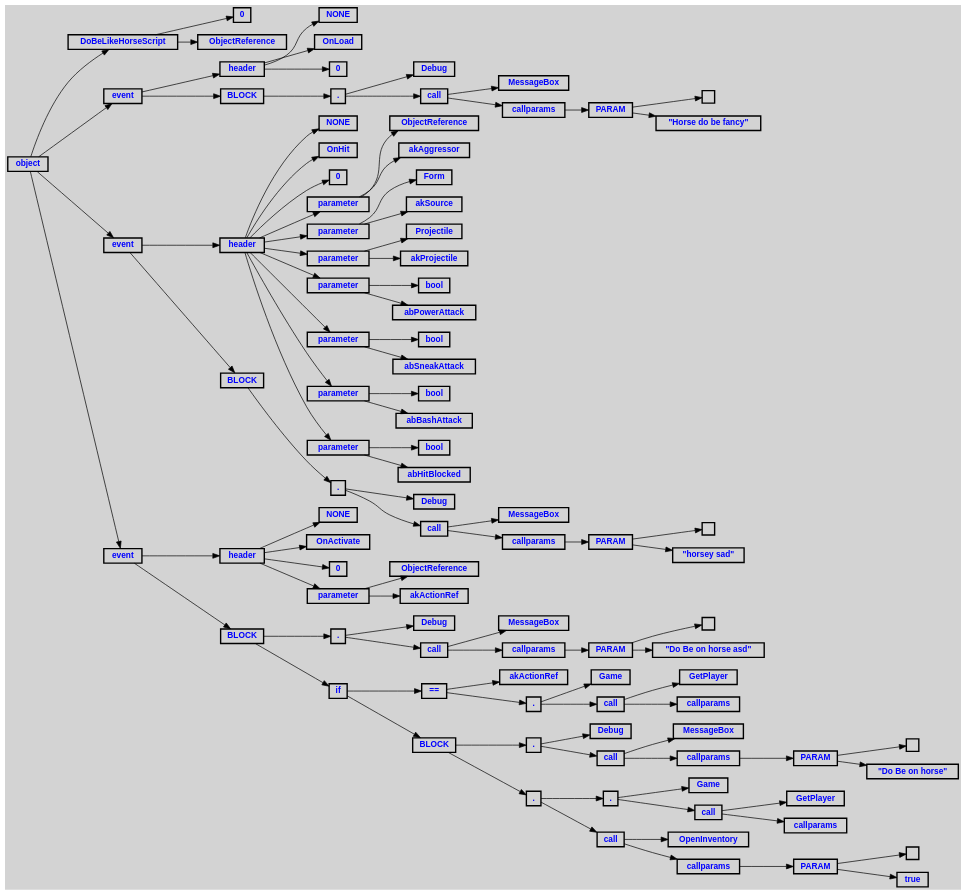
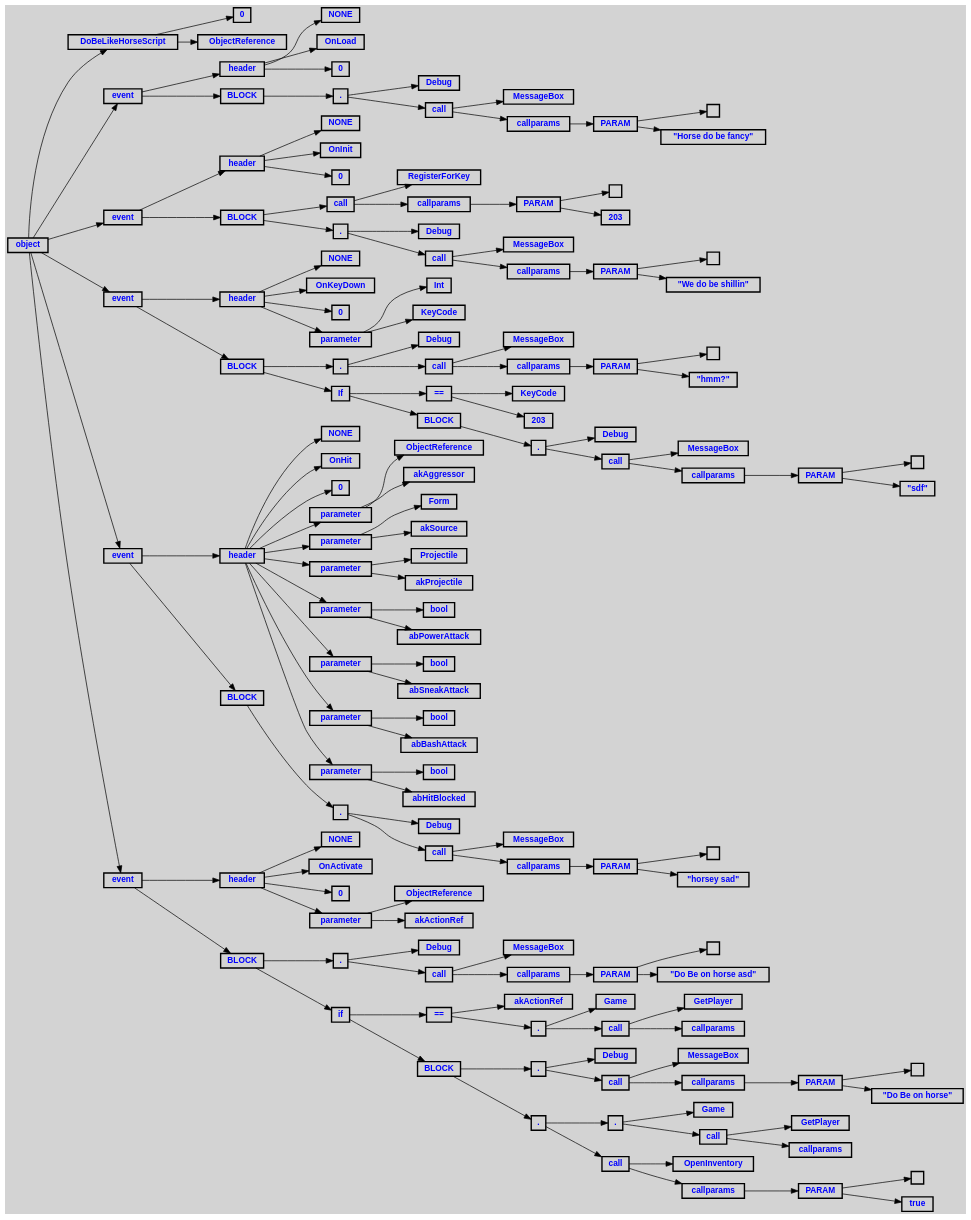
One commit to WladHD/CommonLibSSE-Sandbox changed the diagram in DoBeLikeHorseScript.preTypeCheck.dot. Above: the diagram before and after it, drawn with Graphviz. The commit also changed 13 other files, not shown here.

```diff
--- a/DoBeLikeHorseScript.preTypeCheck.dot
+++ b/DoBeLikeHorseScript.preTypeCheck.dot
@@ -36,119 +36,194 @@
  n19 [label="header"];
  n19 [label="header"];
  n20 [label="NONE"];
- n21 [label="OnHit"];
+ n21 [label="OnInit"];
  n22 [label="0"];
- n23 [label="parameter"];
- n23 [label="parameter"];
- n24 [label="ObjectReference"];
- n25 [label="akAggressor"];
- n26 [label="parameter"];
- n26 [label="parameter"];
- n27 [label="Form"];
- n28 [label="akSource"];
- n29 [label="parameter"];
- n29 [label="parameter"];
- n30 [label="Projectile"];
- n31 [label="akProjectile"];
- n32 [label="parameter"];
- n32 [label="parameter"];
- n33 [label="bool"];
- n34 [label="abPowerAttack"];
- n35 [label="parameter"];
- n35 [label="parameter"];
- n36 [label="bool"];
- n37 [label="abSneakAttack"];
- n38 [label="parameter"];
- n38 [label="parameter"];
- n39 [label="bool"];
- n40 [label="abBashAttack"];
- n41 [label="parameter"];
- n41 [label="parameter"];
- n42 [label="bool"];
- n43 [label="abHitBlocked"];
- n44 [label="BLOCK"];
- n44 [label="BLOCK"];
- n45 [label="."];
- n45 [label="."];
- n46 [label="Debug"];
- n47 [label="call"];
- n47 [label="call"];
- n48 [label="MessageBox"];
- n49 [label="callparams"];
- n49 [label="callparams"];
- n50 [label="PARAM"];
- n50 [label="PARAM"];
- n51 [label=""];
- n52 [label="\"horsey sad\""];
- n53 [label="event"];
- n53 [label="event"];
- n54 [label="header"];
- n54 [label="header"];
- n55 [label="NONE"];
- n56 [label="OnActivate"];
- n57 [label="0"];
- n58 [label="parameter"];
- n58 [label="parameter"];
- n59 [label="ObjectReference"];
- n60 [label="akActionRef"];
- n61 [label="BLOCK"];
- n61 [label="BLOCK"];
- n62 [label="."];
- n62 [label="."];
- n63 [label="Debug"];
- n64 [label="call"];
- n64 [label="call"];
- n65 [label="MessageBox"];
- n66 [label="callparams"];
- n66 [label="callparams"];
- n67 [label="PARAM"];
- n67 [label="PARAM"];
- n68 [label=""];
- n69 [label="\"Do Be on horse asd\""];
- n70 [label="if"];
- n70 [label="if"];
- n71 [label="=="];
- n71 [label="=="];
- n72 [label="akActionRef"];
- n73 [label="."];
- n73 [label="."];
- n74 [label="Game"];
- n75 [label="call"];
- n75 [label="call"];
- n76 [label="GetPlayer"];
- n77 [label="callparams"];
- n78 [label="BLOCK"];
- n78 [label="BLOCK"];
- n79 [label="."];
- n79 [label="."];
- n80 [label="Debug"];
- n81 [label="call"];
- n81 [label="call"];
- n82 [label="MessageBox"];
- n83 [label="callparams"];
- n83 [label="callparams"];
- n84 [label="PARAM"];
- n84 [label="PARAM"];
- n85 [label=""];
- n86 [label="\"Do Be on horse\""];
- n87 [label="."];
- n87 [label="."];
- n88 [label="."];
- n88 [label="."];
- n89 [label="Game"];
- n90 [label="call"];
- n90 [label="call"];
- n91 [label="GetPlayer"];
- n92 [label="callparams"];
- n93 [label="call"];
- n93 [label="call"];
- n94 [label="OpenInventory"];
- n95 [label="callparams"];
- n95 [label="callparams"];
- n96 [label="PARAM"];
- n96 [label="PARAM"];
- n97 [label=""];
- n98 [label="true"];
+ n23 [label="BLOCK"];
+ n23 [label="BLOCK"];
+ n24 [label="call"];
+ n24 [label="call"];
+ n25 [label="RegisterForKey"];
+ n26 [label="callparams"];
+ n26 [label="callparams"];
+ n27 [label="PARAM"];
+ n27 [label="PARAM"];
+ n28 [label=""];
+ n29 [label="203"];
+ n30 [label="."];
+ n30 [label="."];
+ n31 [label="Debug"];
+ n32 [label="call"];
+ n32 [label="call"];
+ n33 [label="MessageBox"];
+ n34 [label="callparams"];
+ n34 [label="callparams"];
+ n35 [label="PARAM"];
+ n35 [label="PARAM"];
+ n36 [label=""];
+ n37 [label="\"We do be shillin\""];
+ n38 [label="event"];
+ n38 [label="event"];
+ n39 [label="header"];
+ n39 [label="header"];
+ n40 [label="NONE"];
+ n41 [label="OnKeyDown"];
+ n42 [label="0"];
+ n43 [label="parameter"];
+ n43 [label="parameter"];
+ n44 [label="Int"];
+ n45 [label="KeyCode"];
+ n46 [label="BLOCK"];
+ n46 [label="BLOCK"];
+ n47 [label="."];
+ n47 [label="."];
+ n48 [label="Debug"];
+ n49 [label="call"];
+ n49 [label="call"];
+ n50 [label="MessageBox"];
+ n51 [label="callparams"];
+ n51 [label="callparams"];
+ n52 [label="PARAM"];
+ n52 [label="PARAM"];
+ n53 [label=""];
+ n54 [label="\"hmm?\""];
+ n55 [label="If"];
+ n55 [label="If"];
+ n56 [label="=="];
+ n56 [label="=="];
+ n57 [label="KeyCode"];
+ n58 [label="203"];
+ n59 [label="BLOCK"];
+ n59 [label="BLOCK"];
+ n60 [label="."];
+ n60 [label="."];
+ n61 [label="Debug"];
+ n62 [label="call"];
+ n62 [label="call"];
+ n63 [label="MessageBox"];
+ n64 [label="callparams"];
+ n64 [label="callparams"];
+ n65 [label="PARAM"];
+ n65 [label="PARAM"];
+ n66 [label=""];
+ n67 [label="\"sdf\""];
+ n68 [label="event"];
+ n68 [label="event"];
+ n69 [label="header"];
+ n69 [label="header"];
+ n70 [label="NONE"];
+ n71 [label="OnHit"];
+ n72 [label="0"];
+ n73 [label="parameter"];
+ n73 [label="parameter"];
+ n74 [label="ObjectReference"];
+ n75 [label="akAggressor"];
+ n76 [label="parameter"];
+ n76 [label="parameter"];
+ n77 [label="Form"];
+ n78 [label="akSource"];
+ n79 [label="parameter"];
+ n79 [label="parameter"];
+ n80 [label="Projectile"];
+ n81 [label="akProjectile"];
+ n82 [label="parameter"];
+ n82 [label="parameter"];
+ n83 [label="bool"];
+ n84 [label="abPowerAttack"];
+ n85 [label="parameter"];
+ n85 [label="parameter"];
+ n86 [label="bool"];
+ n87 [label="abSneakAttack"];
+ n88 [label="parameter"];
+ n88 [label="parameter"];
+ n89 [label="bool"];
+ n90 [label="abBashAttack"];
+ n91 [label="parameter"];
+ n91 [label="parameter"];
+ n92 [label="bool"];
+ n93 [label="abHitBlocked"];
+ n94 [label="BLOCK"];
+ n94 [label="BLOCK"];
+ n95 [label="."];
+ n95 [label="."];
+ n96 [label="Debug"];
+ n97 [label="call"];
+ n97 [label="call"];
+ n98 [label="MessageBox"];
+ n99 [label="callparams"];
+ n99 [label="callparams"];
+ n100 [label="PARAM"];
+ n100 [label="PARAM"];
+ n101 [label=""];
+ n102 [label="\"horsey sad\""];
+ n103 [label="event"];
+ n103 [label="event"];
+ n104 [label="header"];
+ n104 [label="header"];
+ n105 [label="NONE"];
+ n106 [label="OnActivate"];
+ n107 [label="0"];
+ n108 [label="parameter"];
+ n108 [label="parameter"];
+ n109 [label="ObjectReference"];
+ n110 [label="akActionRef"];
+ n111 [label="BLOCK"];
+ n111 [label="BLOCK"];
+ n112 [label="."];
+ n112 [label="."];
+ n113 [label="Debug"];
+ n114 [label="call"];
+ n114 [label="call"];
+ n115 [label="MessageBox"];
+ n116 [label="callparams"];
+ n116 [label="callparams"];
+ n117 [label="PARAM"];
+ n117 [label="PARAM"];
+ n118 [label=""];
+ n119 [label="\"Do Be on horse asd\""];
+ n120 [label="if"];
+ n120 [label="if"];
+ n121 [label="=="];
+ n121 [label="=="];
+ n122 [label="akActionRef"];
+ n123 [label="."];
+ n123 [label="."];
+ n124 [label="Game"];
+ n125 [label="call"];
+ n125 [label="call"];
+ n126 [label="GetPlayer"];
+ n127 [label="callparams"];
+ n128 [label="BLOCK"];
+ n128 [label="BLOCK"];
+ n129 [label="."];
+ n129 [label="."];
+ n130 [label="Debug"];
+ n131 [label="call"];
+ n131 [label="call"];
+ n132 [label="MessageBox"];
+ n133 [label="callparams"];
+ n133 [label="callparams"];
+ n134 [label="PARAM"];
+ n134 [label="PARAM"];
+ n135 [label=""];
+ n136 [label="\"Do Be on horse\""];
+ n137 [label="."];
+ n137 [label="."];
+ n138 [label="."];
+ n138 [label="."];
+ n139 [label="Game"];
+ n140 [label="call"];
+ n140 [label="call"];
+ n141 [label="GetPlayer"];
+ n142 [label="callparams"];
+ n143 [label="call"];
+ n143 [label="call"];
+ n144 [label="OpenInventory"];
+ n145 [label="callparams"];
+ n145 [label="callparams"];
+ n146 [label="PARAM"];
+ n146 [label="PARAM"];
+ n147 [label=""];
+ n148 [label="true"];
 
  n0 -> n1 // "object" -> "DoBeLikeHorseScript"
  n1 -> n2 // "DoBeLikeHorseScript" -> "0"
@@ -170,83 +245,133 @@
  n0 -> n18 // "object" -> "event"
  n18 -> n19 // "event" -> "header"
  n19 -> n20 // "header" -> "NONE"
- n19 -> n21 // "header" -> "OnHit"
+ n19 -> n21 // "header" -> "OnInit"
  n19 -> n22 // "header" -> "0"
- n19 -> n23 // "header" -> "parameter"
- n23 -> n24 // "parameter" -> "ObjectReference"
- n23 -> n25 // "parameter" -> "akAggressor"
- n19 -> n26 // "header" -> "parameter"
- n26 -> n27 // "parameter" -> "Form"
- n26 -> n28 // "parameter" -> "akSource"
- n19 -> n29 // "header" -> "parameter"
- n29 -> n30 // "parameter" -> "Projectile"
- n29 -> n31 // "parameter" -> "akProjectile"
- n19 -> n32 // "header" -> "parameter"
- n32 -> n33 // "parameter" -> "bool"
- n32 -> n34 // "parameter" -> "abPowerAttack"
- n19 -> n35 // "header" -> "parameter"
- n35 -> n36 // "parameter" -> "bool"
- n35 -> n37 // "parameter" -> "abSneakAttack"
- n19 -> n38 // "header" -> "parameter"
- n38 -> n39 // "parameter" -> "bool"
- n38 -> n40 // "parameter" -> "abBashAttack"
- n19 -> n41 // "header" -> "parameter"
- n41 -> n42 // "parameter" -> "bool"
- n41 -> n43 // "parameter" -> "abHitBlocked"
- n18 -> n44 // "event" -> "BLOCK"
- n44 -> n45 // "BLOCK" -> "."
- n45 -> n46 // "." -> "Debug"
- n45 -> n47 // "." -> "call"
- n47 -> n48 // "call" -> "MessageBox"
- n47 -> n49 // "call" -> "callparams"
- n49 -> n50 // "callparams" -> "PARAM"
- n50 -> n51 // "PARAM" -> ""
- n50 -> n52 // "PARAM" -> ""horsey sad""
- n0 -> n53 // "object" -> "event"
- n53 -> n54 // "event" -> "header"
- n54 -> n55 // "header" -> "NONE"
- n54 -> n56 // "header" -> "OnActivate"
- n54 -> n57 // "header" -> "0"
- n54 -> n58 // "header" -> "parameter"
- n58 -> n59 // "parameter" -> "ObjectReference"
- n58 -> n60 // "parameter" -> "akActionRef"
- n53 -> n61 // "event" -> "BLOCK"
- n61 -> n62 // "BLOCK" -> "."
- n62 -> n63 // "." -> "Debug"
- n62 -> n64 // "." -> "call"
- n64 -> n65 // "call" -> "MessageBox"
- n64 -> n66 // "call" -> "callparams"
- n66 -> n67 // "callparams" -> "PARAM"
- n67 -> n68 // "PARAM" -> ""
- n67 -> n69 // "PARAM" -> ""Do Be on horse asd""
- n61 -> n70 // "BLOCK" -> "if"
- n70 -> n71 // "if" -> "=="
- n71 -> n72 // "==" -> "akActionRef"
- n71 -> n73 // "==" -> "."
- n73 -> n74 // "." -> "Game"
- n73 -> n75 // "." -> "call"
- n75 -> n76 // "call" -> "GetPlayer"
- n75 -> n77 // "call" -> "callparams"
- n70 -> n78 // "if" -> "BLOCK"
- n78 -> n79 // "BLOCK" -> "."
- n79 -> n80 // "." -> "Debug"
- n79 -> n81 // "." -> "call"
- n81 -> n82 // "call" -> "MessageBox"
- n81 -> n83 // "call" -> "callparams"
- n83 -> n84 // "callparams" -> "PARAM"
- n84 -> n85 // "PARAM" -> ""
- n84 -> n86 // "PARAM" -> ""Do Be on horse""
- n78 -> n87 // "BLOCK" -> "."
- n87 -> n88 // "." -> "."
- n88 -> n89 // "." -> "Game"
- n88 -> n90 // "." -> "call"
- n90 -> n91 // "call" -> "GetPlayer"
- n90 -> n92 // "call" -> "callparams"
- n87 -> n93 // "." -> "call"
- n93 -> n94 // "call" -> "OpenInventory"
- n93 -> n95 // "call" -> "callparams"
- n95 -> n96 // "callparams" -> "PARAM"
- n96 -> n97 // "PARAM" -> ""
- n96 -> n98 // "PARAM" -> "true"
+ n18 -> n23 // "event" -> "BLOCK"
+ n23 -> n24 // "BLOCK" -> "call"
+ n24 -> n25 // "call" -> "RegisterForKey"
+ n24 -> n26 // "call" -> "callparams"
+ n26 -> n27 // "callparams" -> "PARAM"
+ n27 -> n28 // "PARAM" -> ""
+ n27 -> n29 // "PARAM" -> "203"
+ n23 -> n30 // "BLOCK" -> "."
+ n30 -> n31 // "." -> "Debug"
+ n30 -> n32 // "." -> "call"
+ n32 -> n33 // "call" -> "MessageBox"
+ n32 -> n34 // "call" -> "callparams"
+ n34 -> n35 // "callparams" -> "PARAM"
+ n35 -> n36 // "PARAM" -> ""
+ n35 -> n37 // "PARAM" -> ""We do be shillin""
+ n0 -> n38 // "object" -> "event"
+ n38 -> n39 // "event" -> "header"
+ n39 -> n40 // "header" -> "NONE"
+ n39 -> n41 // "header" -> "OnKeyDown"
+ n39 -> n42 // "header" -> "0"
+ n39 -> n43 // "header" -> "parameter"
+ n43 -> n44 // "parameter" -> "Int"
+ n43 -> n45 // "parameter" -> "KeyCode"
+ n38 -> n46 // "event" -> "BLOCK"
+ n46 -> n47 // "BLOCK" -> "."
+ n47 -> n48 // "." -> "Debug"
+ n47 -> n49 // "." -> "call"
+ n49 -> n50 // "call" -> "MessageBox"
+ n49 -> n51 // "call" -> "callparams"
+ n51 -> n52 // "callparams" -> "PARAM"
+ n52 -> n53 // "PARAM" -> ""
+ n52 -> n54 // "PARAM" -> ""hmm?""
+ n46 -> n55 // "BLOCK" -> "If"
+ n55 -> n56 // "If" -> "=="
+ n56 -> n57 // "==" -> "KeyCode"
+ n56 -> n58 // "==" -> "203"
+ n55 -> n59 // "If" -> "BLOCK"
+ n59 -> n60 // "BLOCK" -> "."
+ n60 -> n61 // "." -> "Debug"
+ n60 -> n62 // "." -> "call"
+ n62 -> n63 // "call" -> "MessageBox"
+ n62 -> n64 // "call" -> "callparams"
+ n64 -> n65 // "callparams" -> "PARAM"
+ n65 -> n66 // "PARAM" -> ""
+ n65 -> n67 // "PARAM" -> ""sdf""
+ n0 -> n68 // "object" -> "event"
+ n68 -> n69 // "event" -> "header"
+ n69 -> n70 // "header" -> "NONE"
+ n69 -> n71 // "header" -> "OnHit"
+ n69 -> n72 // "header" -> "0"
+ n69 -> n73 // "header" -> "parameter"
+ n73 -> n74 // "parameter" -> "ObjectReference"
+ n73 -> n75 // "parameter" -> "akAggressor"
+ n69 -> n76 // "header" -> "parameter"
+ n76 -> n77 // "parameter" -> "Form"
+ n76 -> n78 // "parameter" -> "akSource"
+ n69 -> n79 // "header" -> "parameter"
+ n79 -> n80 // "parameter" -> "Projectile"
+ n79 -> n81 // "parameter" -> "akProjectile"
+ n69 -> n82 // "header" -> "parameter"
+ n82 -> n83 // "parameter" -> "bool"
+ n82 -> n84 // "parameter" -> "abPowerAttack"
+ n69 -> n85 // "header" -> "parameter"
+ n85 -> n86 // "parameter" -> "bool"
+ n85 -> n87 // "parameter" -> "abSneakAttack"
+ n69 -> n88 // "header" -> "parameter"
+ n88 -> n89 // "parameter" -> "bool"
+ n88 -> n90 // "parameter" -> "abBashAttack"
+ n69 -> n91 // "header" -> "parameter"
+ n91 -> n92 // "parameter" -> "bool"
+ n91 -> n93 // "parameter" -> "abHitBlocked"
+ n68 -> n94 // "event" -> "BLOCK"
+ n94 -> n95 // "BLOCK" -> "."
+ n95 -> n96 // "." -> "Debug"
+ n95 -> n97 // "." -> "call"
+ n97 -> n98 // "call" -> "MessageBox"
+ n97 -> n99 // "call" -> "callparams"
+ n99 -> n100 // "callparams" -> "PARAM"
+ n100 -> n101 // "PARAM" -> ""
+ n100 -> n102 // "PARAM" -> ""horsey sad""
+ n0 -> n103 // "object" -> "event"
+ n103 -> n104 // "event" -> "header"
+ n104 -> n105 // "header" -> "NONE"
+ n104 -> n106 // "header" -> "OnActivate"
+ n104 -> n107 // "header" -> "0"
+ n104 -> n108 // "header" -> "parameter"
+ n108 -> n109 // "parameter" -> "ObjectReference"
+ n108 -> n110 // "parameter" -> "akActionRef"
+ n103 -> n111 // "event" -> "BLOCK"
+ n111 -> n112 // "BLOCK" -> "."
+ n112 -> n113 // "." -> "Debug"
+ n112 -> n114 // "." -> "call"
+ n114 -> n115 // "call" -> "MessageBox"
+ n114 -> n116 // "call" -> "callparams"
+ n116 -> n117 // "callparams" -> "PARAM"
+ n117 -> n118 // "PARAM" -> ""
+ n117 -> n119 // "PARAM" -> ""Do Be on horse asd""
+ n111 -> n120 // "BLOCK" -> "if"
+ n120 -> n121 // "if" -> "=="
+ n121 -> n122 // "==" -> "akActionRef"
+ n121 -> n123 // "==" -> "."
+ n123 -> n124 // "." -> "Game"
+ n123 -> n125 // "." -> "call"
+ n125 -> n126 // "call" -> "GetPlayer"
+ n125 -> n127 // "call" -> "callparams"
+ n120 -> n128 // "if" -> "BLOCK"
+ n128 -> n129 // "BLOCK" -> "."
+ n129 -> n130 // "." -> "Debug"
+ n129 -> n131 // "." -> "call"
+ n131 -> n132 // "call" -> "MessageBox"
+ n131 -> n133 // "call" -> "callparams"
+ n133 -> n134 // "callparams" -> "PARAM"
+ n134 -> n135 // "PARAM" -> ""
+ n134 -> n136 // "PARAM" -> ""Do Be on horse""
+ n128 -> n137 // "BLOCK" -> "."
+ n137 -> n138 // "." -> "."
+ n138 -> n139 // "." -> "Game"
+ n138 -> n140 // "." -> "call"
+ n140 -> n141 // "call" -> "GetPlayer"
+ n140 -> n142 // "call" -> "callparams"
+ n137 -> n143 // "." -> "call"
+ n143 -> n144 // "call" -> "OpenInventory"
+ n143 -> n145 // "call" -> "callparams"
+ n145 -> n146 // "callparams" -> "PARAM"
+ n146 -> n147 // "PARAM" -> ""
+ n146 -> n148 // "PARAM" -> "true"
 
 }
```
